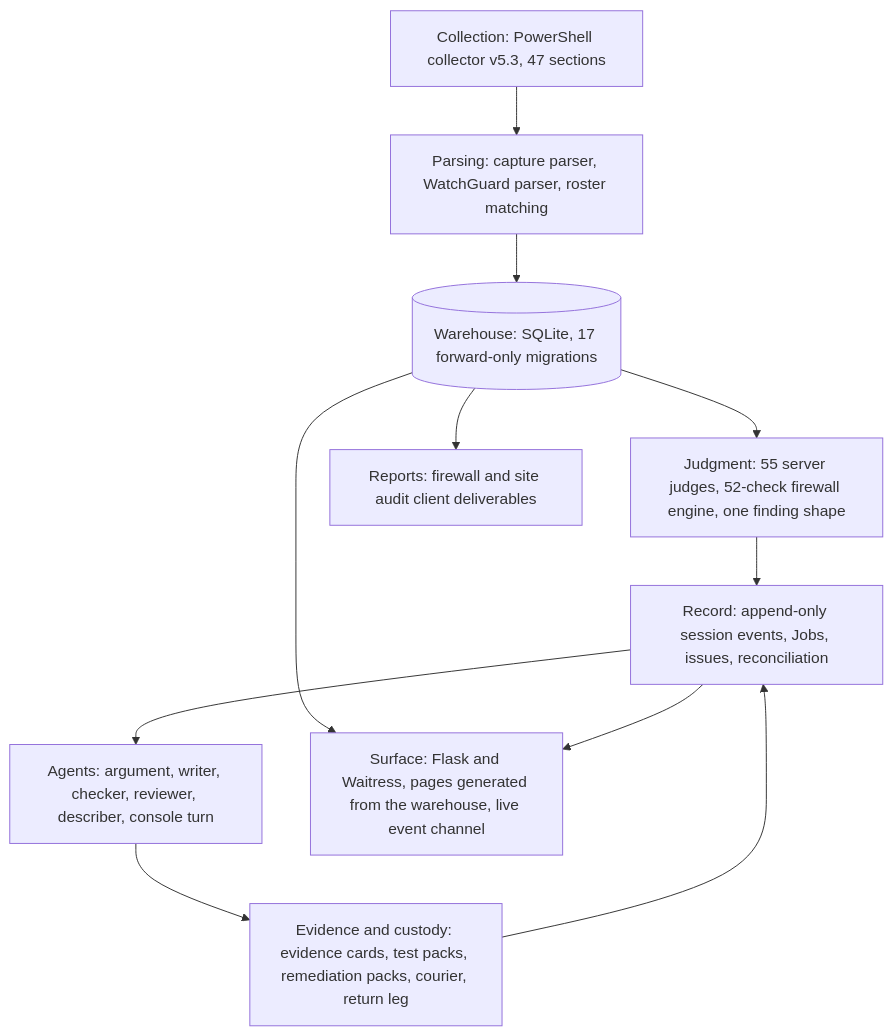
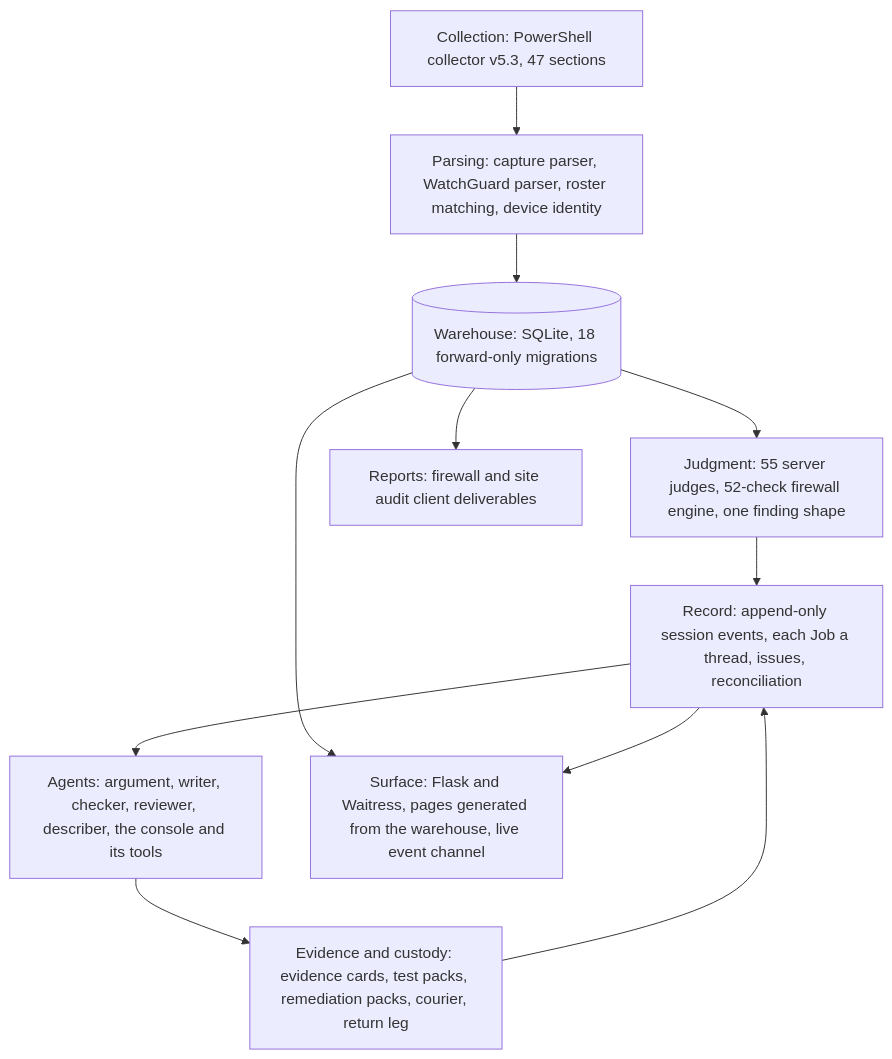
The second of 7 diagrams in CASE_STUDY.md (RyanH-sudo/ninjatoolkit-case-study), drawn with Mermaid before and after one commit. The commit also changed other lines of this file and 2 other files, not shown here.

Commit message:
Case study updated to v8.2.0: the Job as the thread, the console, device identity, judge precision on the estate, the fail-closed fix builder; every figure re-measured at the v8.2.0 tag

````diff
--- a/CASE_STUDY.md
+++ b/CASE_STUDY.md
@@ -135,17 +148,17 @@
 ```mermaid
 flowchart TB
     L1["Collection: PowerShell collector v5.3, 47 sections"]
-    L2["Parsing: capture parser, WatchGuard parser, roster matching"]
-    L3[("Warehouse: SQLite, 17 forward-only migrations")]
+    L2["Parsing: capture parser, WatchGuard parser, roster matching, device identity"]
+    L3[("Warehouse: SQLite, 18 forward-only migrations")]
     L4["Judgment: 55 server judges, 52-check firewall engine, one finding shape"]
-    L5["Record: append-only session events, Jobs, issues, reconciliation"]
-    L6["Agents: argument, writer, checker, reviewer, describer, console turn"]
+    L5["Record: append-only session events, each Job a thread, issues, reconciliation"]
+    L6["Agents: argument, writer, checker, reviewer, describer, the console and its tools"]
     L7["Evidence and custody: evidence cards, test packs, remediation packs, courier, return leg"]
     L8["Surface: Flask and Waitress, pages generated from the warehouse, live event channel"]
     L9["Reports: firewall and site audit client deliverables"]
     L1 --> L2 --> L3 --> L4 --> L5
     L5 --> L6 --> L7 --> L5
     L3 --> L8
     L5 --> L8
     L3 --> L9
 ```
````
